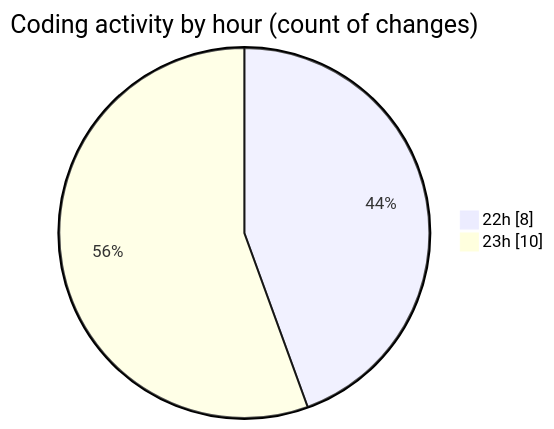
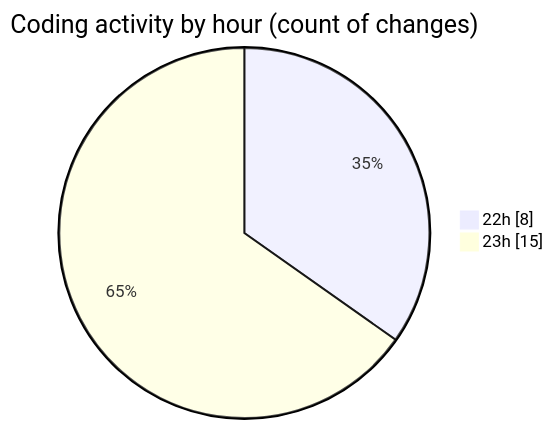
The second of 2 diagrams in 2026-03-03/student_performance_system/README.md (hasnaa123/code-tracking), drawn with Mermaid before and after one commit. The commit also changed other lines of this file and 1 other file, not shown here.

````diff
--- a/2026-03-03/student_performance_system/README.md
+++ b/2026-03-03/student_performance_system/README.md
@@ -28,6 +28,6 @@
 ```mermaid
 pie showData
 title Coding activity by hour (count of changes)
 "22h" : 8
-"23h" : 10
+"23h" : 15
 ```
````
